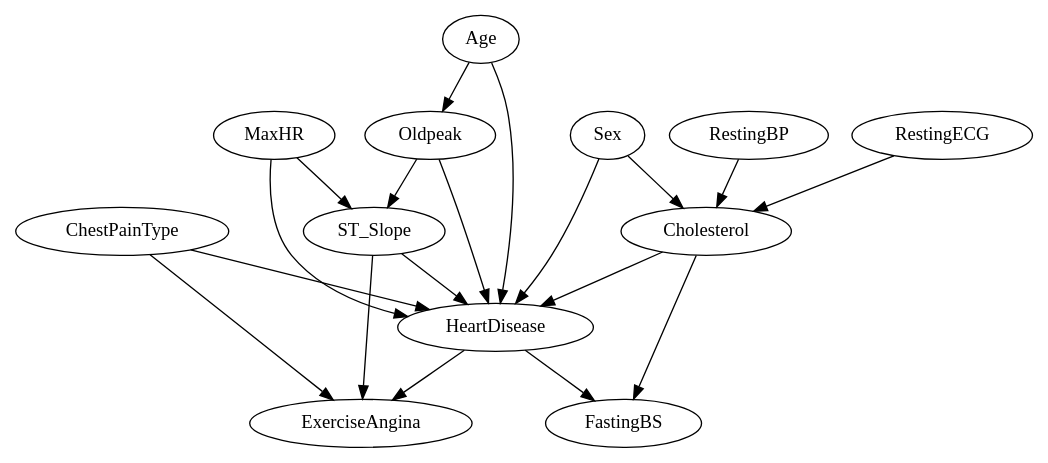
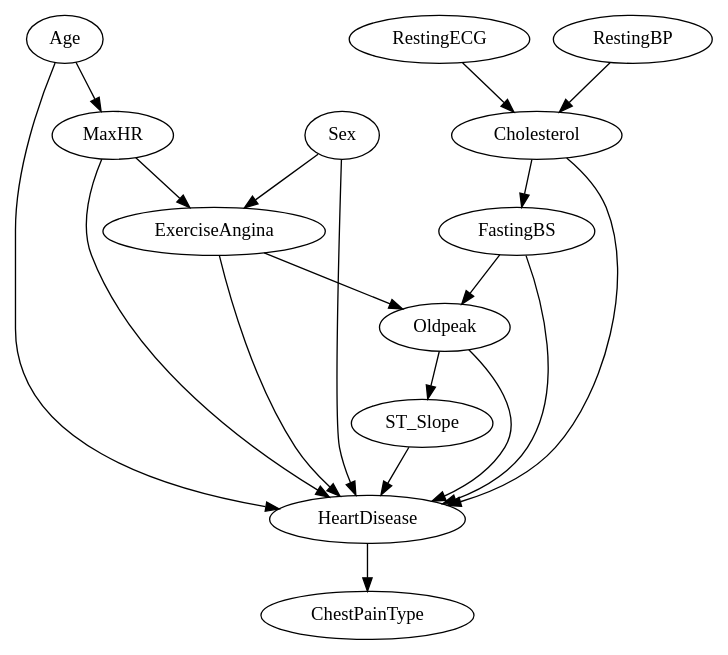
Before and after one commit to SagarParekh97/Decision-Making-under-Uncertainty: the diagram in P1/Learned Bayesian Network.gv, drawn with Graphviz. The commit also changed 3 other files, not shown here.

```diff
--- a/P1/Learned Bayesian Network.gv
+++ b/P1/Learned Bayesian Network.gv
@@ -1,33 +1,33 @@
 // BN learned from data using Hill Climb Search
 digraph "Learned Bayesian Network" {
 	Age
+	ChestPainType
+	Cholesterol
+	ExerciseAngina
+	FastingBS
+	HeartDisease
+	MaxHR
+	Oldpeak
+	RestingBP
+	RestingECG
+	ST_Slope
 	Sex
-	ChestPainType
-	RestingBP
-	Cholesterol
-	FastingBS
-	RestingECG
-	MaxHR
-	ExerciseAngina
-	Oldpeak
-	ST_Slope
-	HeartDisease
+	Age -> HeartDisease
+	Age -> MaxHR
+	Cholesterol -> FastingBS
+	Cholesterol -> HeartDisease
+	ExerciseAngina -> HeartDisease
+	ExerciseAngina -> Oldpeak
+	FastingBS -> HeartDisease
+	FastingBS -> Oldpeak
+	HeartDisease -> ChestPainType
+	MaxHR -> ExerciseAngina
+	MaxHR -> HeartDisease
+	Oldpeak -> HeartDisease
+	Oldpeak -> ST_Slope
+	RestingBP -> Cholesterol
 	RestingECG -> Cholesterol
-	Sex -> Cholesterol
-	RestingBP -> Cholesterol
-	HeartDisease -> FastingBS
-	Cholesterol -> FastingBS
-	HeartDisease -> ExerciseAngina
-	ChestPainType -> ExerciseAngina
-	ST_Slope -> ExerciseAngina
-	Age -> Oldpeak
-	Oldpeak -> ST_Slope
-	MaxHR -> ST_Slope
 	ST_Slope -> HeartDisease
-	ChestPainType -> HeartDisease
-	Cholesterol -> HeartDisease
-	MaxHR -> HeartDisease
-	Age -> HeartDisease
+	Sex -> ExerciseAngina
 	Sex -> HeartDisease
-	Oldpeak -> HeartDisease
 }
```
